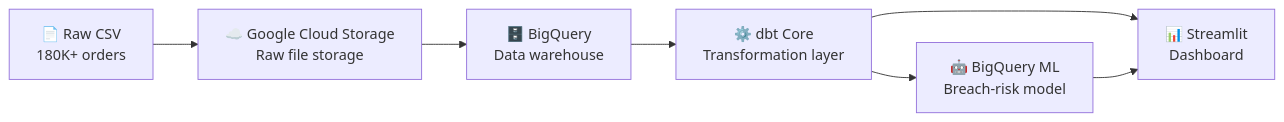
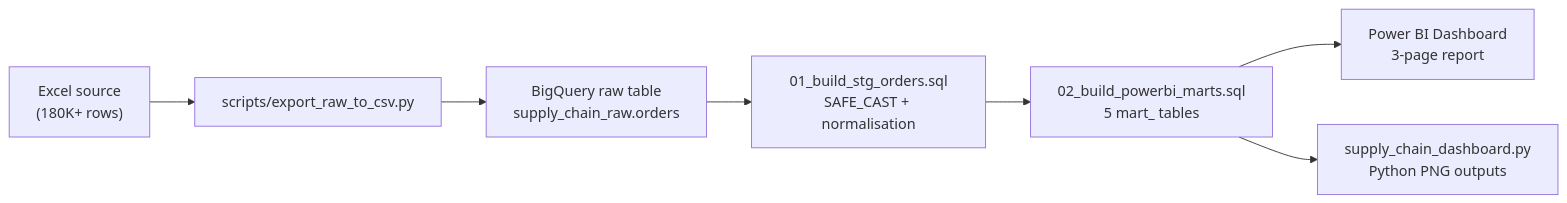
One commit to Udaylakkaraju/supply-chain-risk-analysis changed the diagram in README.md. Above: the diagram before and after it, drawn with Mermaid. The commit also changed other lines of this file and 42 other files, not shown here.

````diff
--- a/README.md
+++ b/README.md
@@ -48,9 +67,9 @@
 ```mermaid
 flowchart LR
-    A["📄 Raw CSV\n180K+ orders"] --> B["☁️ Google Cloud Storage\nRaw file storage"]
-    B --> C["🗄️ BigQuery\nData warehouse"]
-    C --> D["⚙️ dbt Core\nTransformation layer"]
-    D --> E["🤖 BigQuery ML\nBreach-risk model"]
-    D --> F["📊 Streamlit\nDashboard"]
-    E --> F
+    A["Excel source\n(180K+ rows)"] --> B["scripts/export_raw_to_csv.py"]
+    B --> C["BigQuery raw table\nsupply_chain_raw.orders"]
+    C --> D["01_build_stg_orders.sql\nSAFE_CAST + normalisation"]
+    D --> E["02_build_powerbi_marts.sql\n5 mart_ tables"]
+    E --> F["Power BI Dashboard\n3-page report"]
+    E --> G["supply_chain_dashboard.py\nPython PNG outputs"]
 ```
````
